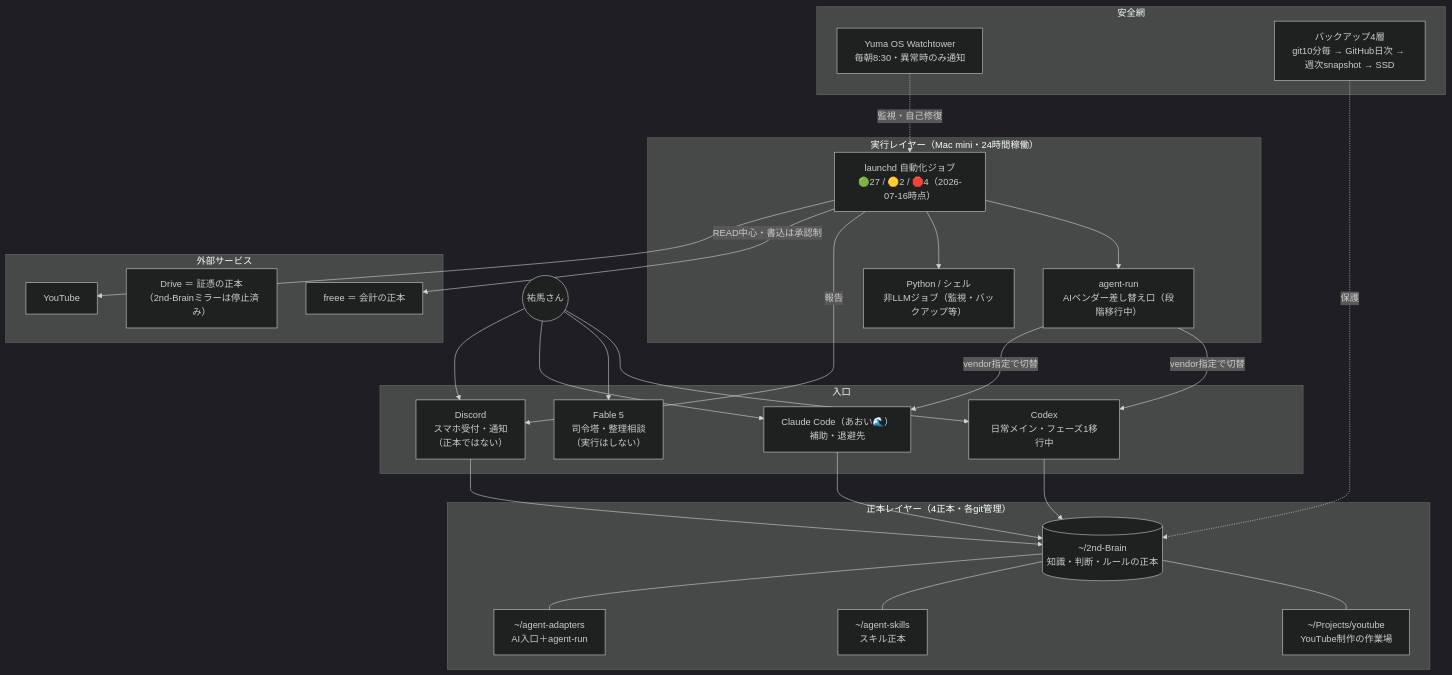
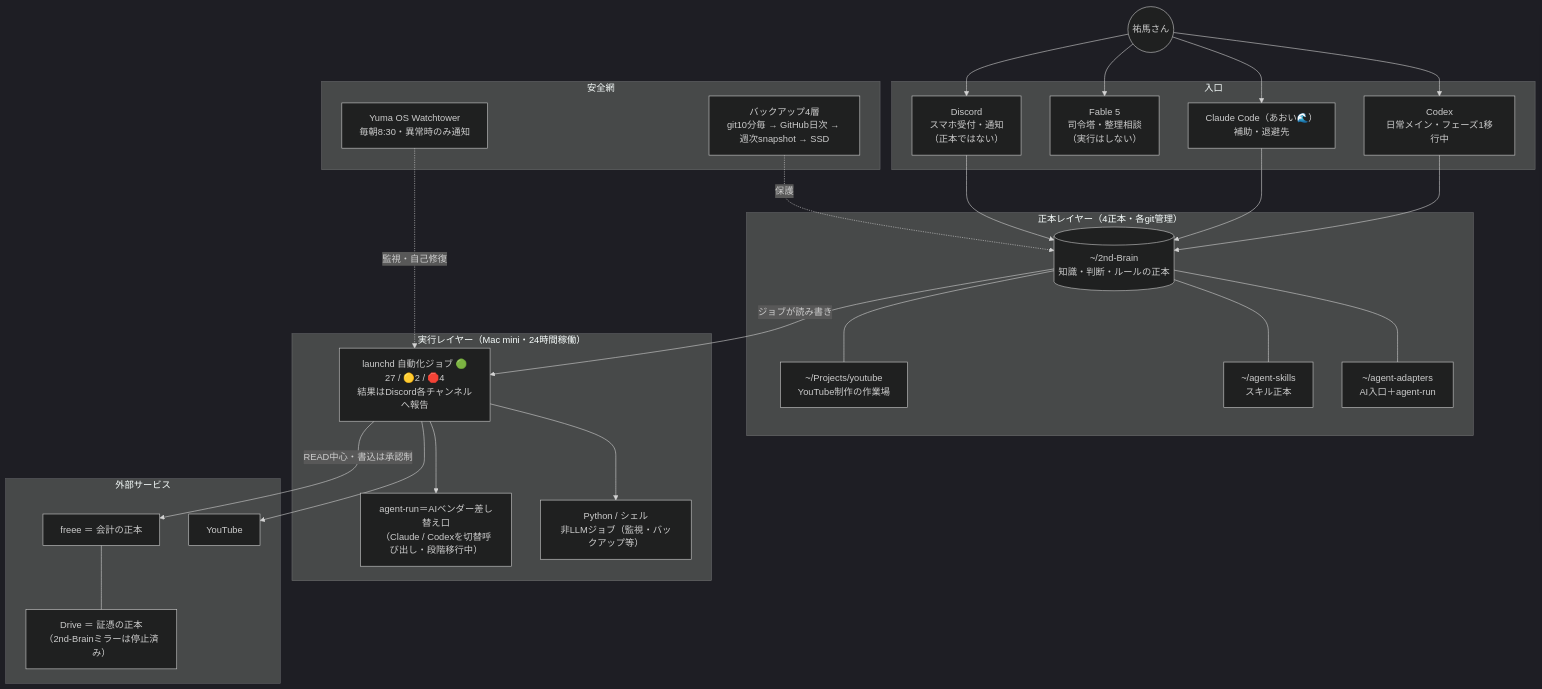
One commit to corocorobusiness-oss/2nd-brain changed the diagram in 06_エージェント運用/00_司令塔/AIシステムダッシュボード.md. Above: the diagram before and after it, drawn with Mermaid (dark theme). The commit also changed other lines of this file and 1 other file, not shown here.

Commit message:
ダッシュボードにビジュアル版HTMLを追加
- 06_エージェント運用/00_司令塔/AIシステムダッシュボード.html を追加
  - 状態タイル・全体マップ（SVG焼き込みで自己完結・オフラインでも表示可）
  - ライト/ダークテーマ対応。正本はmd版でHTMLはビュー、と冒頭に明記
- md側: 全体マップの配線を整理（祐馬さん→入口→正本→実行→外部が
  上から下へ読める向きに）＋ビジュアル版への案内と更新ルールを追記

Claude-Session: https://claude.ai/code/session_01F3mayjo2ygbaARURq6UArJ

````diff
--- a/06_エージェント運用/00_司令塔/AIシステムダッシュボード.md
+++ b/06_エージェント運用/00_司令塔/AIシステムダッシュボード.md
@@ -15,47 +17,46 @@
 ```mermaid
 flowchart TB
     Y(("祐馬さん"))
 
     subgraph IN["入口"]
         CX["Codex<br>日常メイン・フェーズ1移行中"]
         F5["Fable 5<br>司令塔・整理相談<br>（実行はしない）"]
         CC["Claude Code（あおい🌊）<br>補助・退避先"]
         DC["Discord<br>スマホ受付・通知<br>（正本ではない）"]
     end
 
     subgraph TRUTH["正本レイヤー（4正本・各git管理）"]
         OB[("~/2nd-Brain<br>知識・判断・ルールの正本")]
         PJ["~/Projects/youtube<br>YouTube制作の作業場"]
         SK["~/agent-skills<br>スキル正本"]
         AD["~/agent-adapters<br>AI入口＋agent-run"]
     end
 
     subgraph RUN["実行レイヤー（Mac mini・24時間稼働）"]
-        LD["launchd 自動化ジョブ<br>🟢27 / 🟡2 / 🛑4（2026-07-16時点）"]
-        AR["agent-run<br>AIベンダー差し替え口（段階移行中）"]
+        LD["launchd 自動化ジョブ 🟢27 / 🟡2 / 🛑4<br>結果はDiscord各チャンネルへ報告"]
+        AR["agent-run＝AIベンダー差し替え口<br>（Claude / Codexを切替呼び出し・段階移行中）"]
         PY["Python / シェル<br>非LLMジョブ（監視・バックアップ等）"]
     end
 
     subgraph SAFE["安全網"]
         WT["Yuma OS Watchtower<br>毎朝8:30・異常時のみ通知"]
         BK["バックアップ4層<br>git10分毎 → GitHub日次 → 週次snapshot → SSD"]
     end
 
     subgraph EXT["外部サービス"]
         FR["freee ＝ 会計の正本"]
         DR["Drive ＝ 証憑の正本<br>（2nd-Brainミラーは停止済み）"]
         YT["YouTube"]
     end
 
     Y --> CX & F5 & CC & DC
     CX & CC & DC --> OB
     OB --- PJ & SK & AD
-    LD --> AR
-    AR -->|"vendor指定で切替"| CX & CC
-    LD --> PY
-    LD -->|"報告"| DC
+    OB -->|"ジョブが読み書き"| LD
+    LD --> AR & PY
+    LD -->|"READ中心・書込は承認制"| FR
+    LD --> YT
+    FR --- DR
     WT -.->|"監視・自己修復"| LD
     BK -.->|"保護"| OB
-    LD -->|"READ中心・書込は承認制"| FR
-    LD --> YT
 ```
````
